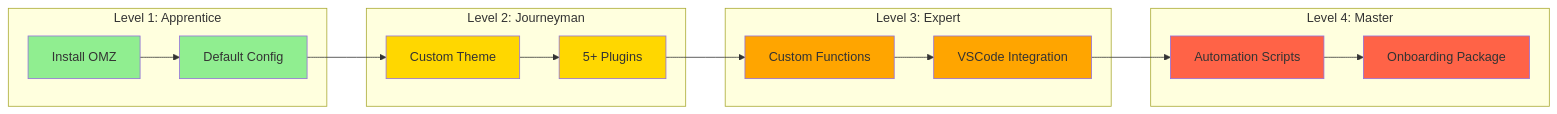
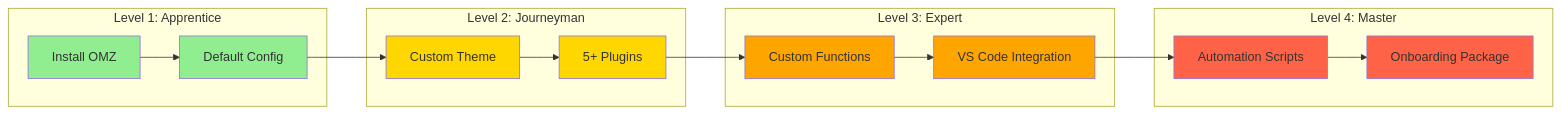
The fifth of 7 diagrams in docs/it-journey/pages/_quests/0010/oh-my-zsh-terminal-enchantment.md (bamr87/README), drawn with Mermaid before and after one commit. The commit also changed other lines of this file and 911 other files, not shown here.

````diff
--- a/docs/it-journey/pages/_quests/0010/oh-my-zsh-terminal-enchantment.md
+++ b/docs/it-journey/pages/_quests/0010/oh-my-zsh-terminal-enchantment.md
@@ -1088,30 +1200,30 @@
 ```mermaid
 graph LR
     subgraph "Level 1: Apprentice"
         S1["Install OMZ"] --> S2["Default Config"]
     end
     
     subgraph "Level 2: Journeyman"
         S2 --> S3["Custom Theme"]
         S3 --> S4["5+ Plugins"]
     end
     
     subgraph "Level 3: Expert"
         S4 --> S5["Custom Functions"]
-        S5 --> S6["VSCode Integration"]
+        S5 --> S6["VS Code Integration"]
     end
     
     subgraph "Level 4: Master"
         S6 --> S7["Automation Scripts"]
         S7 --> S8["Onboarding Package"]
     end
     
     style S1 fill:#90EE90
     style S2 fill:#90EE90
     style S3 fill:#FFD700
     style S4 fill:#FFD700
     style S5 fill:#FFA500
     style S6 fill:#FFA500
     style S7 fill:#FF6347
     style S8 fill:#FF6347
 ```
````
